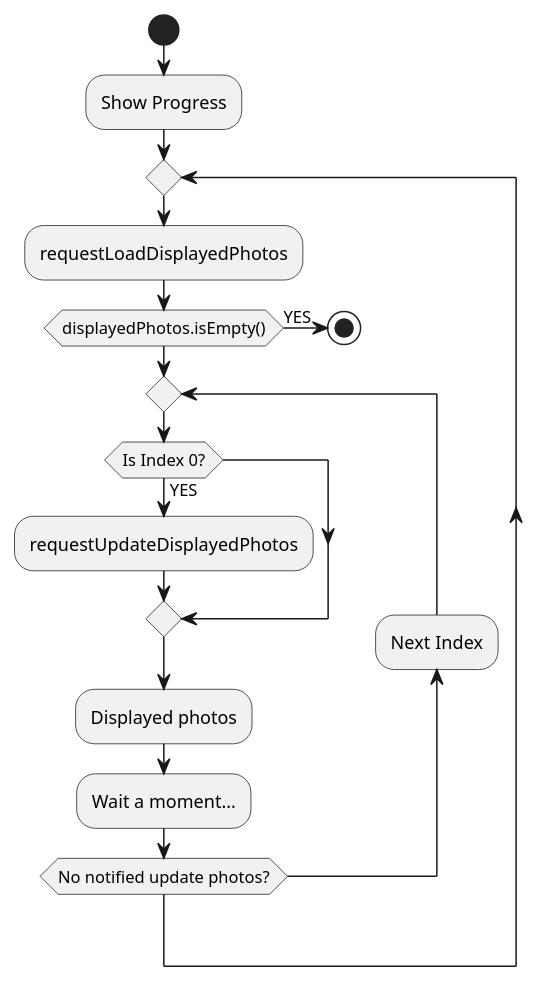
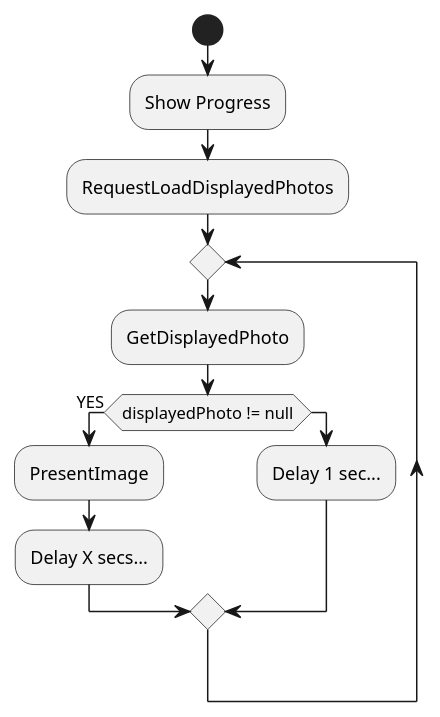
One commit to sallyluenoa/PhotoSlideShow changed the diagram in uml/main/activity_diagram_main_ui.md. Above: the diagram before and after it, drawn with PlantUML. The commit also changed 18 other files, not shown here.

First line of the commit message:
Write UML for design #13

```diff
--- a/uml/main/activity_diagram_main_ui.md
+++ b/uml/main/activity_diagram_main_ui.md
@@ -1,25 +1,18 @@
 @startuml
 start
 
 :Show Progress;
+:RequestLoadDisplayedPhotos;
 
 repeat
-  :requestLoadDisplayedPhotos;
+  :GetDisplayedPhoto;
 
-  if (displayedPhotos.isEmpty()) then (YES)
-    stop
+  if (displayedPhoto != null) then (YES)
+    :PresentImage;
+    :Delay X secs...;
+  else
+    :Delay 1 sec...;
   endif
-
-  repeat
-    if (Is Index 0?) then (YES)
-      :requestUpdateDisplayedPhotos;
-    endif
-
-    :Displayed photos;
-    :Wait a moment...;
-
-    backward:Next Index;
-  repeat while (No notified update photos?)
 
 repeat while
 @enduml
```
